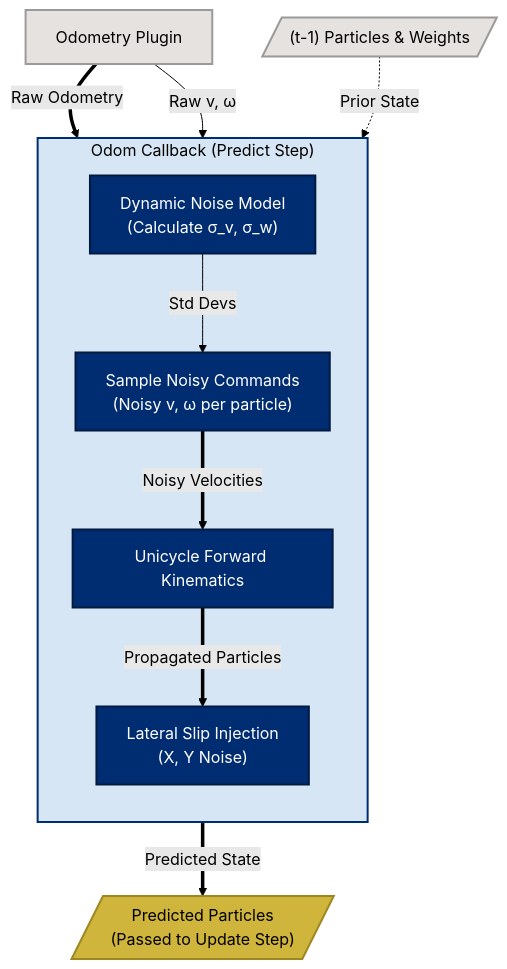
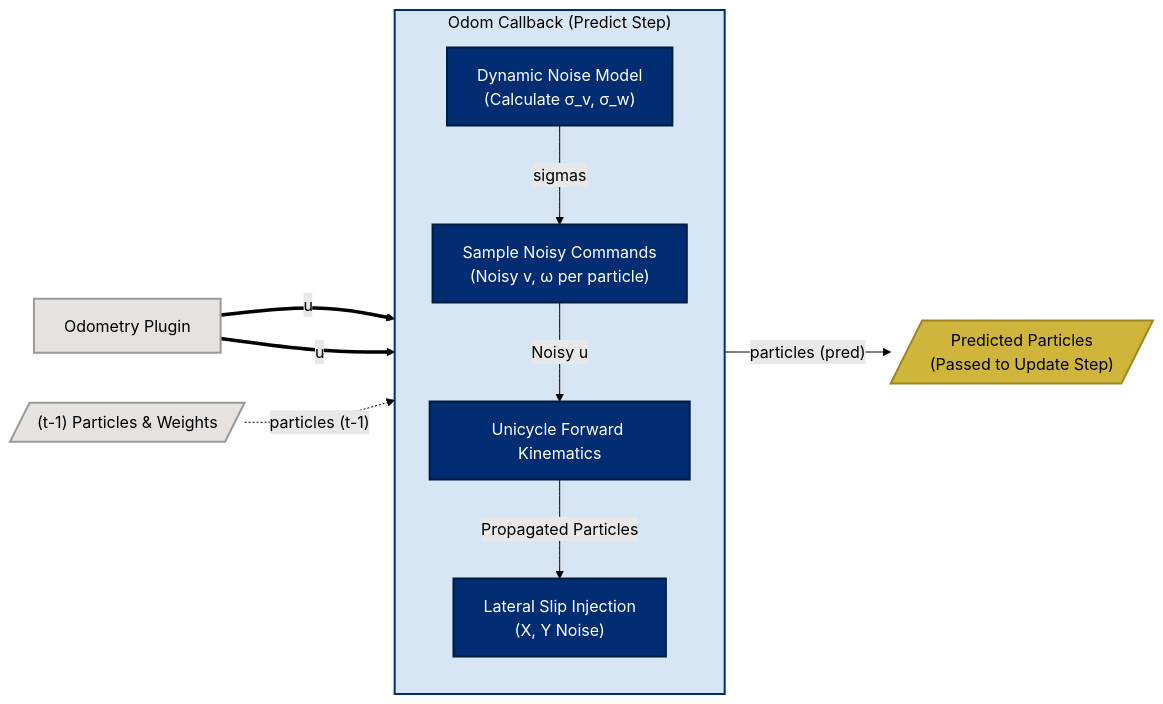
The diagram in docs/Reasoning Under Uncertainty/Project Diagrams/pf_predict.mmd (jtcass01/devol), drawn with Mermaid (forest theme) before and after one commit. The commit also changed 27 other files, not shown here.

Commit message:
#42 moved text from overleaf. Going to continue writing on home computer with mintex. Improved formatting of some mermaid diagrams

```diff
--- a/docs/Reasoning Under Uncertainty/Project Diagrams/pf_predict.mmd
+++ b/docs/Reasoning Under Uncertainty/Project Diagrams/pf_predict.mmd
@@ -1,38 +1,38 @@
-graph TD
+graph LR
     %% External Inputs
     Odometry_Plugin["Odometry Plugin"]
     PrevParticles[/"(t-1) Particles & Weights"/]
 
     subgraph Predict ["Odom Callback (Predict Step)"]
         direction TB
         CalcNoise["Dynamic Noise Model<br>(Calculate σ_v, σ_w)"]
         NoisyCmd["Sample Noisy Commands<br>(Noisy v, ω per particle)"]
         FwdKinematics["Unicycle Forward Kinematics"]
         SlipNoise["Lateral Slip Injection<br>(X, Y Noise)"]
     end
 
     %% Handoff Node
     PredictedParticles[/"Predicted Particles<br>(Passed to Update Step)"/]
 
     %% Input Flows
-    Odometry_Plugin ==>|"Raw Odometry"| CalcNoise
-    Odometry_Plugin -->|"Raw v, ω"| NoisyCmd
-    PrevParticles -.->|"Prior State"| FwdKinematics
+    Odometry_Plugin ==>|"u"| CalcNoise
+    Odometry_Plugin ==>|"u"| NoisyCmd
+    PrevParticles -.->|"particles (t-1)"| FwdKinematics
 
     %% Internal Predict Flows
-    CalcNoise -->|"Std Devs"| NoisyCmd
-    NoisyCmd ==>|"Noisy Velocities"| FwdKinematics
-    FwdKinematics ==>|"Propagated Particles"| SlipNoise
+    CalcNoise -->|"sigmas"| NoisyCmd
+    NoisyCmd -->|"Noisy u"| FwdKinematics
+    FwdKinematics -->|"Propagated Particles"| SlipNoise
     
     %% Output Flow
-    SlipNoise ==>|"Predicted State"| PredictedParticles
+    SlipNoise -->|"particles (pred)"| PredictedParticles
 
     %% Node Styling
     classDef jhuPrimary fill:#002D72,stroke:#001A40,stroke-width:2px,color:white;
     classDef outOfScope fill:#E5E2E0,stroke:#9A9A9A,stroke-width:2px,color:black;
     classDef handoff fill:#CFB53B,stroke:#9E8721,stroke-width:2px,color:black;
 
     class CalcNoise,NoisyCmd,FwdKinematics,SlipNoise jhuPrimary;
     class Odometry_Plugin,PrevParticles outOfScope;
     class PredictedParticles handoff;
     style Predict fill:#D6E6F5,stroke:#002D72,stroke-width:2px,color:black;
```
